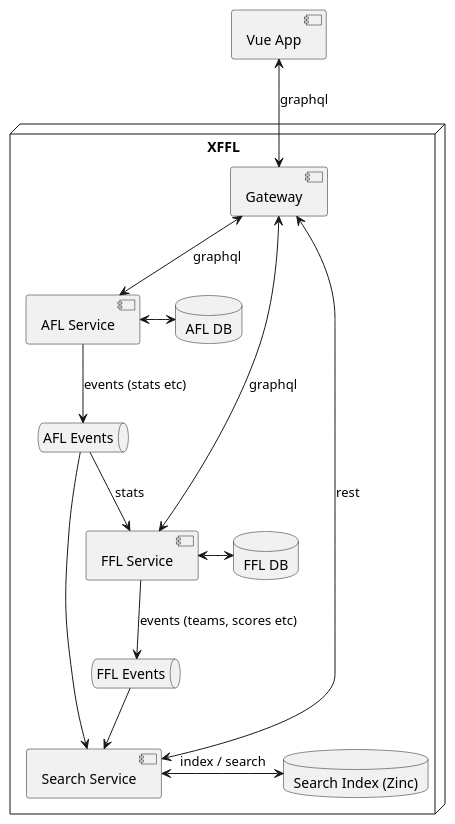
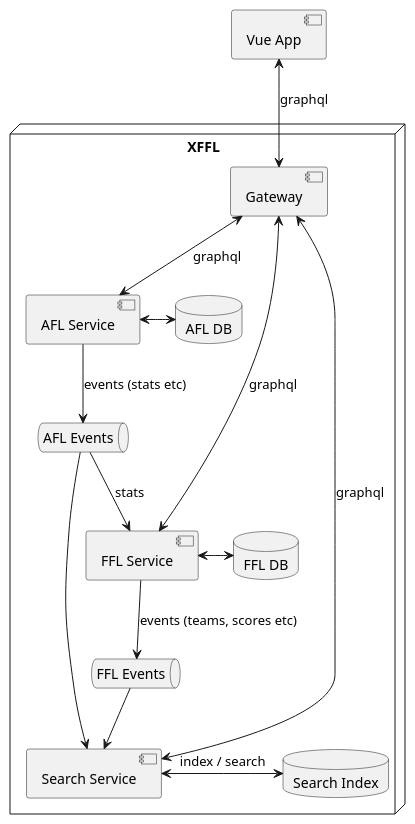
The diagram in doc/logical-view.puml (ruiboy/xffl), drawn with PlantUML before and after one commit. The commit also changed 17 other files, not shown here.

```diff
--- a/doc/logical-view.puml
+++ b/doc/logical-view.puml
@@ -1,36 +1,36 @@
 @startuml
 
 [Vue App] as vueapp
 
 node "XFFL" {
   [Gateway] as gateway
 
   [AFL Service] as aflservice
   [FFL Service] as fflservice
   [Search Service] as searchservice
 
   database "AFL DB" as afldb
   database "FFL DB" as ffldb
   queue "AFL Events" as aflqueue
   queue "FFL Events" as fflqueue
-  database "Search Index (Zinc)" as searchindex
+  database "Search Index" as searchindex
 }
 
 vueapp <--> gateway : graphql
 
 gateway <--> aflservice : graphql
 aflservice <-> afldb
 aflservice --> aflqueue : "events (stats etc)"
 aflqueue --> searchservice
 aflqueue --> fflservice : stats
 
 gateway <--> fflservice : graphql
 fflservice <-> ffldb
 fflservice --> fflqueue : "events (teams, scores etc)"
 fflqueue --> searchservice
 
-gateway <--> searchservice : rest
+gateway <--> searchservice : graphql
 searchservice <-> searchindex : index / search
 
 
 @enduml
```
